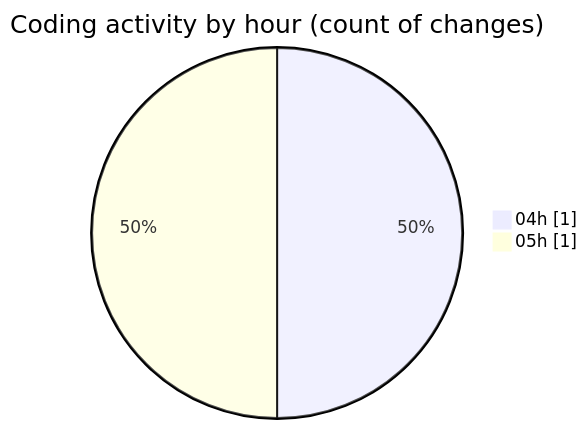
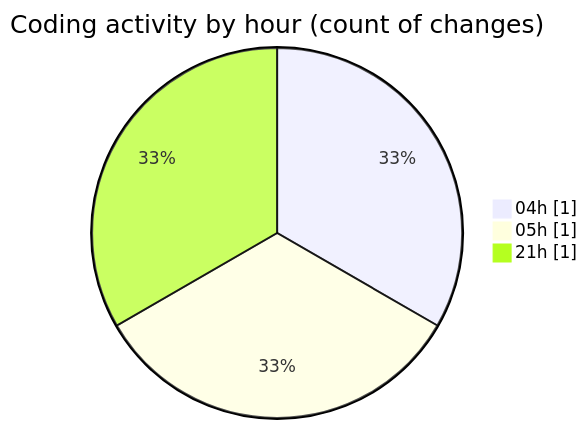
One commit to idhammustaqopulfikri/code-tracking changed the second of 2 diagrams in 2025-03-26/autodidak/README.md. Above: the diagram before and after it, drawn with Mermaid. The commit also changed other lines of this file and 1 other file, not shown here.

````diff
--- a/2025-03-26/autodidak/README.md
+++ b/2025-03-26/autodidak/README.md
@@ -30,6 +31,7 @@
 ```mermaid
 pie showData
 title Coding activity by hour (count of changes)
 "04h" : 1
 "05h" : 1
+"21h" : 1
 ```
````
